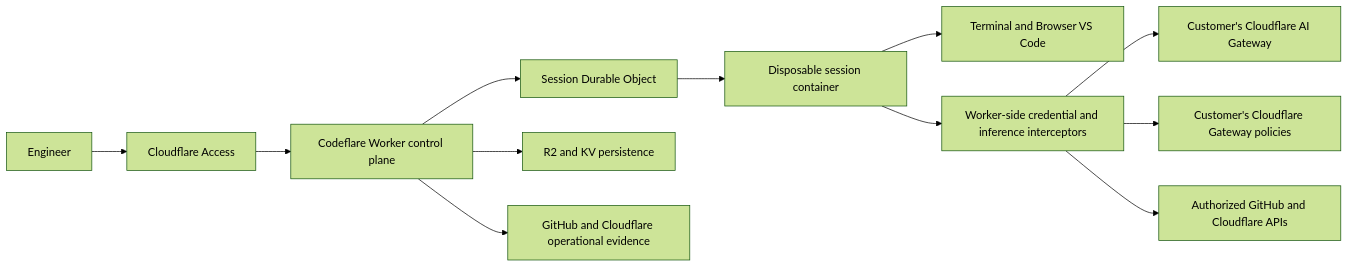
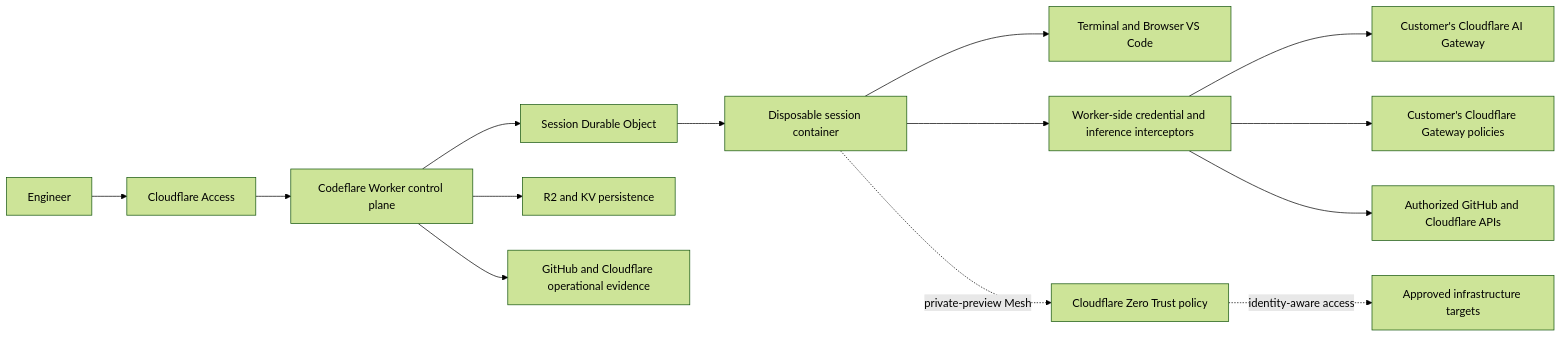
One commit to nikolanovoselec/codeflare changed the diagram in README.md. Above: the diagram before and after it, drawn with Mermaid (forest theme). The commit also changed other lines of this file, not shown here.

Commit message:
docs: clarify private infrastructure operations

````diff
--- a/README.md
+++ b/README.md
@@ -157,14 +160,16 @@
 ```mermaid
 graph LR
     U[Engineer] --> A[Cloudflare Access]
     A --> W[Codeflare Worker control plane]
     W --> S[Session Durable Object]
     S --> C[Disposable session container]
     C --> T[Terminal and Browser VS Code]
     W --> D[R2 and KV persistence]
     C --> I[Worker-side credential and inference interceptors]
     I --> AI[Customer's Cloudflare AI Gateway]
     I --> GW[Customer's Cloudflare Gateway policies]
     I --> P[Authorized GitHub and Cloudflare APIs]
+    C -. private-preview Mesh .-> Z[Cloudflare Zero Trust policy]
+    Z -. identity-aware access .-> H[Approved infrastructure targets]
     W --> E[GitHub and Cloudflare operational evidence]
 ```
````
